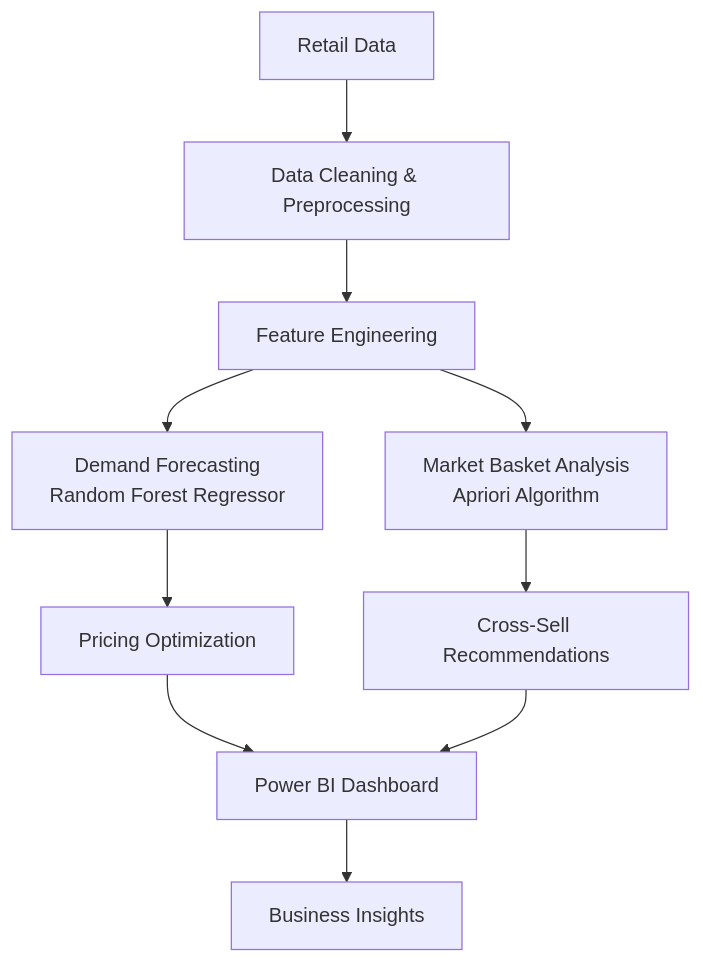
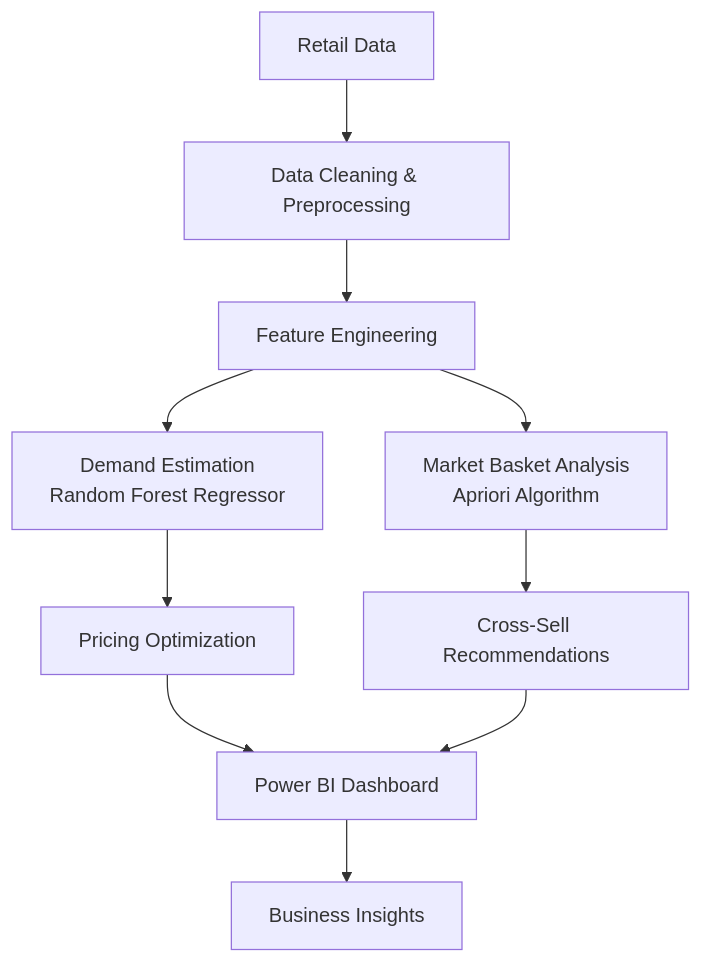
The first of 2 diagrams in README.md (KritheeshB/StarkMart-Retail-Analytics), drawn with Mermaid before and after one commit.

Commit message:
README.md

````diff
--- a/README.md
+++ b/README.md
@@ -57,17 +57,17 @@
 ```mermaid
 flowchart TD
 
 A[Retail Data] --> B[Data Cleaning & Preprocessing]
 B --> C[Feature Engineering]
 
-C --> D[Demand Forecasting<br/>Random Forest Regressor]
+C --> D[Demand Estimation<br/>Random Forest Regressor]
 C --> E[Market Basket Analysis<br/>Apriori Algorithm]
 
 D --> F[Pricing Optimization]
 E --> G[Cross-Sell Recommendations]
 
 F --> H[Power BI Dashboard]
 G --> H
 
 H --> I[Business Insights]
 ```
````
